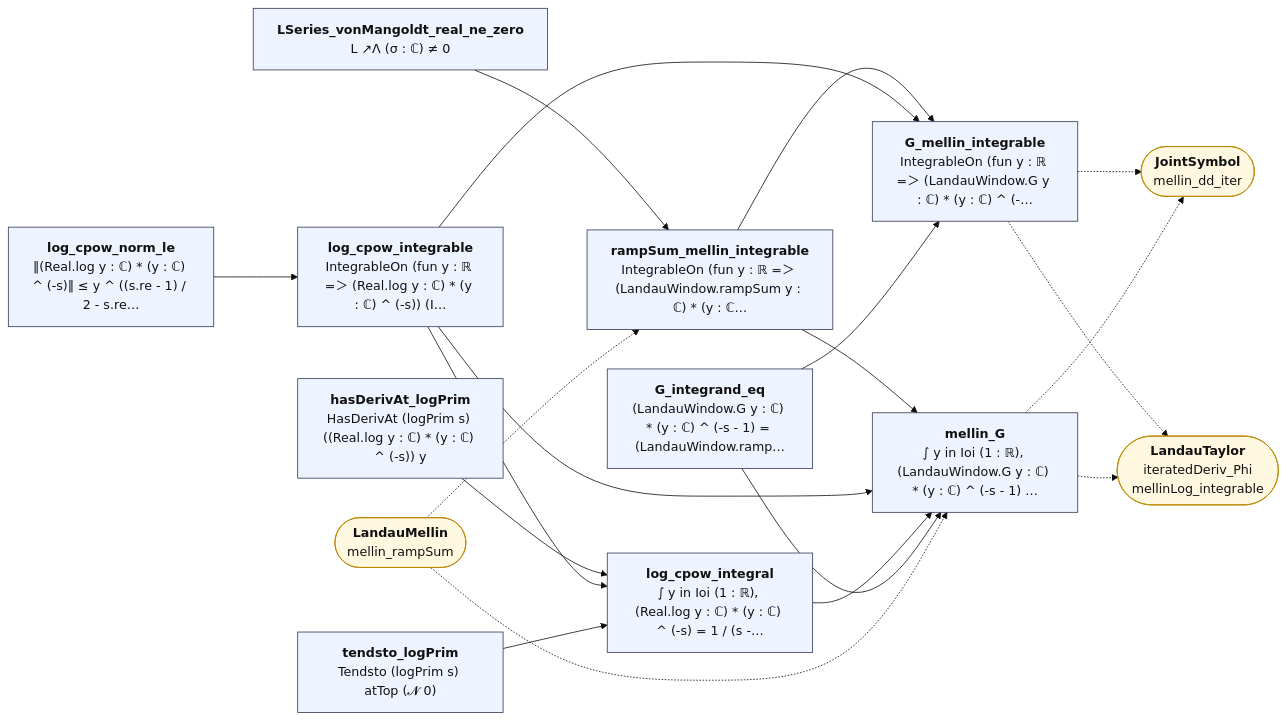
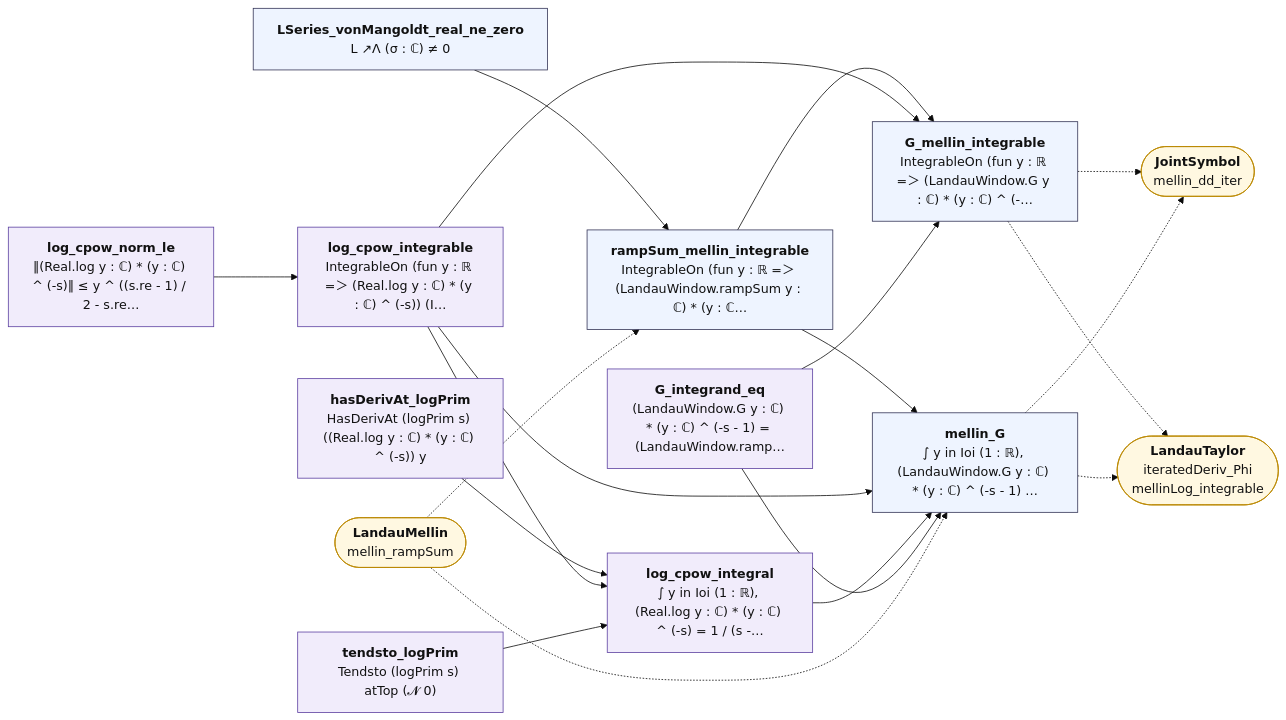
Before and after one commit to juliansambranojr/Primebeat_081426: the diagram in map/lean_stage3/LandauMellinG.md, drawn with Mermaid (base theme). The commit also changed other lines of this file and 398 other files, not shown here.

````diff
--- a/map/lean_stage3/LandauMellinG.md
+++ b/map/lean_stage3/LandauMellinG.md
@@ -12,39 +12,42 @@
 ```mermaid
 flowchart LR
   n0["<b>LSeries_vonMangoldt_real_ne_zero</b><br/>L ↗Λ (σ : ℂ) ≠ 0"]:::thm
   n1["<b>rampSum_mellin_integrable</b><br/>IntegrableOn (fun y : ℝ =＞ (LandauWindow.rampSum y : ℂ) * (y : ℂ…"]:::thm
-  n2["<b>hasDerivAt_logPrim</b><br/>HasDerivAt (logPrim s) ((Real.log y : ℂ) * (y : ℂ) ^ (-s)) y"]:::thm
-  n3["<b>log_cpow_norm_le</b><br/>‖(Real.log y : ℂ) * (y : ℂ) ^ (-s)‖ ≤ y ^ ((s.re - 1) / 2 - s.re…"]:::thm
-  n4["<b>log_cpow_integrable</b><br/>IntegrableOn (fun y : ℝ =＞ (Real.log y : ℂ) * (y : ℂ) ^ (-s)) (I…"]:::thm
-  n5["<b>tendsto_logPrim</b><br/>Tendsto (logPrim s) atTop (𝓝 0)"]:::thm
-  n6["<b>log_cpow_integral</b><br/>∫ y in Ioi (1 : ℝ), (Real.log y : ℂ) * (y : ℂ) ^ (-s) = 1 / (s -…"]:::thm
-  n7["<b>G_integrand_eq</b><br/>(LandauWindow.G y : ℂ) * (y : ℂ) ^ (-s - 1) = (LandauWindow.ramp…"]:::thm
+  n2["<b>hasDerivAt_logPrim</b><br/>HasDerivAt (logPrim s) ((Real.log y : ℂ) * (y : ℂ) ^ (-s)) y"]:::shp
+  n3["<b>log_cpow_norm_le</b><br/>‖(Real.log y : ℂ) * (y : ℂ) ^ (-s)‖ ≤ y ^ ((s.re - 1) / 2 - s.re…"]:::shp
+  n4["<b>log_cpow_integrable</b><br/>IntegrableOn (fun y : ℝ =＞ (Real.log y : ℂ) * (y : ℂ) ^ (-s)) (I…"]:::shp
+  n5["<b>tendsto_logPrim</b><br/>Tendsto (logPrim s) atTop (𝓝 0)"]:::shp
+  n6["<b>log_cpow_integral</b><br/>∫ y in Ioi (1 : ℝ), (Real.log y : ℂ) * (y : ℂ) ^ (-s) = 1 / (s -…"]:::shp
+  n7["<b>G_integrand_eq</b><br/>(LandauWindow.G y : ℂ) * (y : ℂ) ^ (-s - 1) = (LandauWindow.ramp…"]:::shp
   n8["<b>G_mellin_integrable</b><br/>IntegrableOn (fun y : ℝ =＞ (LandauWindow.G y : ℂ) * (y : ℂ) ^ (-…"]:::thm
   n9["<b>mellin_G</b><br/>∫ y in Ioi (1 : ℝ), (LandauWindow.G y : ℂ) * (y : ℂ) ^ (-s - 1) …"]:::thm
   x0(["<b>LandauMellin</b><br/>mellin_rampSum"]):::ext
   x1(["<b>JointSymbol</b><br/>mellin_dd_iter"]):::ext
   x2(["<b>LandauTaylor</b><br/>iteratedDeriv_Phi<br/>mellinLog_integrable"]):::ext
   n0 --> n1
   n1 --> n8
   n1 --> n9
   n2 --> n6
   n3 --> n4
   n4 --> n6
   n4 --> n8
   n4 --> n9
   n5 --> n6
   n6 --> n9
   n7 --> n8
   n7 --> n9
   n8 -.-> x1
   n8 -.-> x2
   n9 -.-> x1
   n9 -.-> x2
   x0 -.-> n1
   x0 -.-> n9
+  classDef cnt fill:#dff5ec,stroke:#17694a,color:#111
+  classDef shp fill:#f1ecfb,stroke:#5b3fa0,color:#111
+  classDef rh fill:#ffe5e5,stroke:#c22,color:#111,stroke-width:2px
   classDef thm fill:#eef4ff,stroke:#335,color:#111
   classDef end_ fill:#e7f7e7,stroke:#2a7,color:#111,stroke-width:2px
   classDef lone fill:#fff,stroke:#999,color:#111,stroke-dasharray:4 3
   classDef bad fill:#ffe5e5,stroke:#c22,color:#111,stroke-width:2px
   classDef ext fill:#fff8e1,stroke:#b80,color:#111
 ```
````
